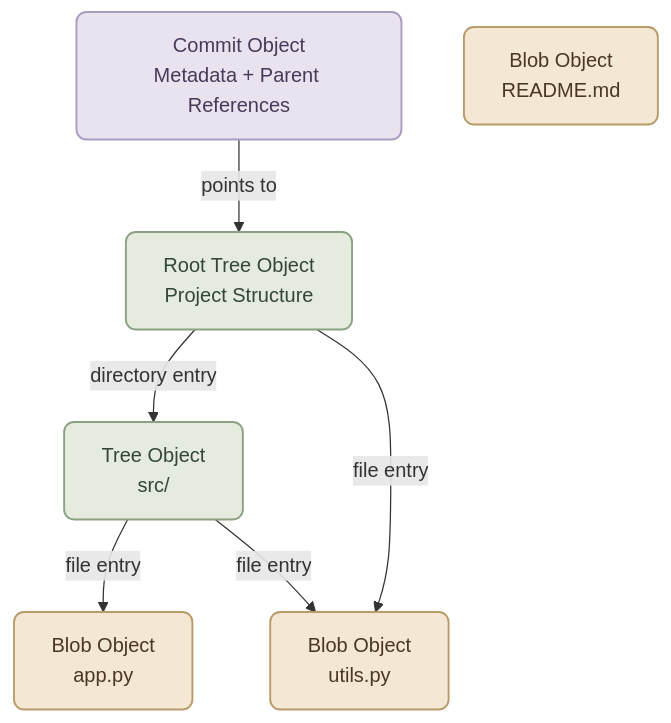
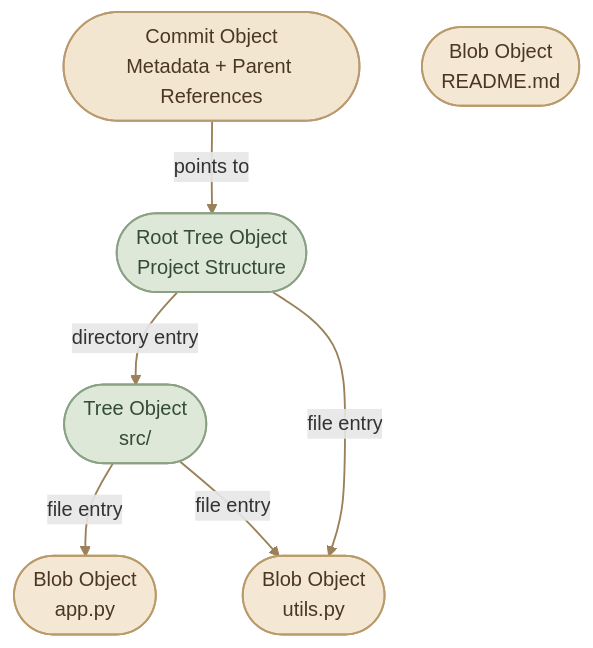
The fourth of 5 diagrams in content/version-control/Git and GitHub/git-architecture.mdx (mustafammasoud/ops-handbook), drawn with Mermaid before and after one commit. The commit also changed other lines of this file and 17 other files, not shown here.

````diff
--- a/content/version-control/Git and GitHub/git-architecture.mdx
+++ b/content/version-control/Git and GitHub/git-architecture.mdx
@@ -338,23 +354,25 @@
 ```mermaid
 flowchart TD
-    C["Commit Object<br/>Metadata + Parent References"]
-    T["Root Tree Object<br/>Project Structure"]
-    T1["Tree Object<br/>src/"]
-    T2["Blob Object<br/>README.md"]
-    B1["Blob Object<br/>app.py"]
-    B2["Blob Object<br/>utils.py"]
+    C(["Commit Object<br/>Metadata + Parent References"])
+    T(["Root Tree Object<br/>Project Structure"])
+    T1(["Tree Object<br/>src/"])
+    T2(["Blob Object<br/>README.md"])
+    B1(["Blob Object<br/>app.py"])
+    B2(["Blob Object<br/>utils.py"])
 
     C -->|"points to"| T
     T -->|"directory entry"| T1
     T -->|"file entry"| B2
     T1 -->|"file entry"| B1
     T1 -->|"file entry"| B2
 
-    classDef commit fill:#E9E3F0,stroke:#A99ABF,color:#463B58,stroke-width:1.5px,rx:8,ry:8
-    classDef tree fill:#E5EBDD,stroke:#8CA184,color:#344734,stroke-width:1.5px,rx:8,ry:8
-    classDef blob fill:#F4E7D3,stroke:#B99A6A,color:#493722,stroke-width:1.5px,rx:8,ry:8
+    classDef commit fill:#F3E6D0,stroke:#B99A70,color:#493722,stroke-width:1.5px
+    classDef tree fill:#DDE8D8,stroke:#8AA184,color:#344B38,stroke-width:1.5px
+    classDef blob fill:#F4E7D3,stroke:#B99A6A,color:#493722,stroke-width:1.5px
 
     class C commit
     class T,T1 tree
     class T2,B1,B2 blob
+
+    linkStyle default stroke:#9B8059,stroke-width:1.5px
 ```
````
